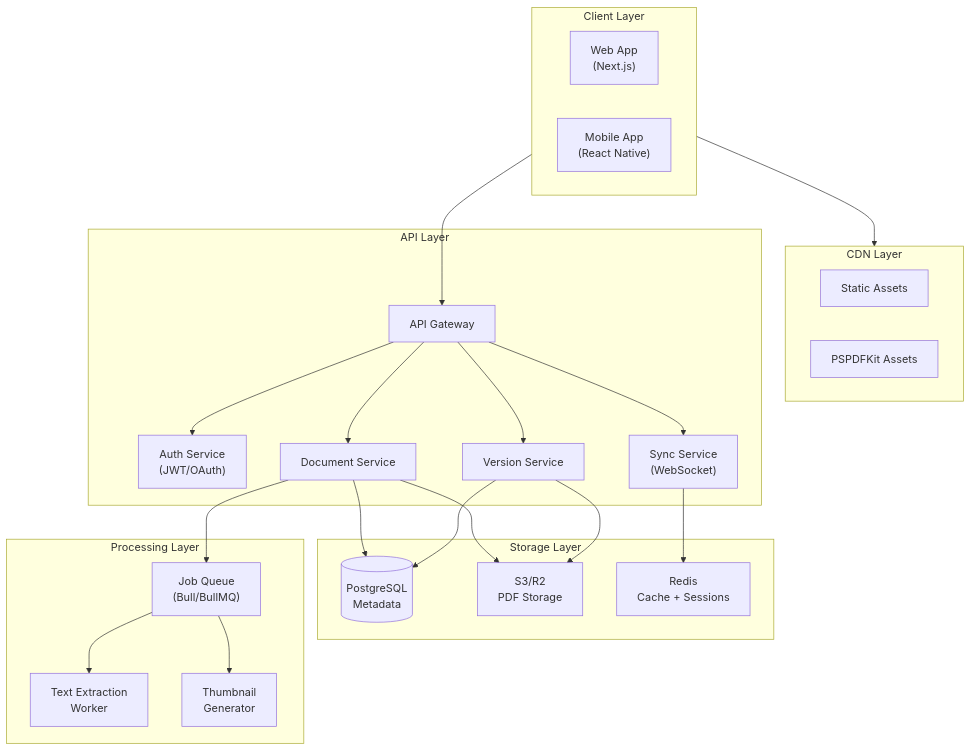
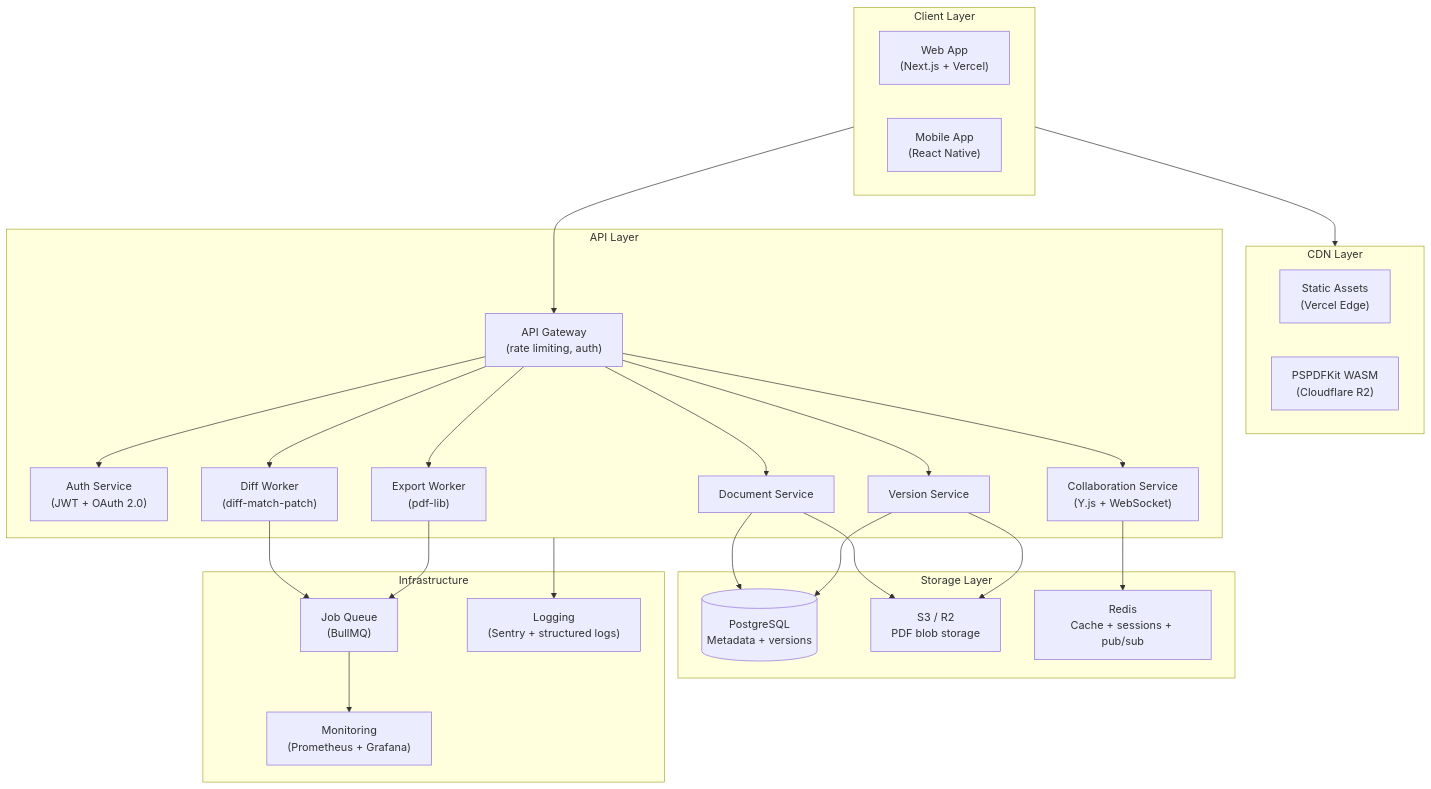
One commit to hellosurbhi/pdf-review-tool changed the sixth of 8 diagrams in ARCHITECTURE.md. Above: the diagram before and after it, drawn with Mermaid. The commit also changed other lines of this file and 16 other files, not shown here.

````diff
--- a/ARCHITECTURE.md
+++ b/ARCHITECTURE.md
@@ -356,47 +257,52 @@
 ```mermaid
 flowchart TB
     subgraph Clients["Client Layer"]
-        Web["Web App<br/>(Next.js)"]
+        Web["Web App<br/>(Next.js + Vercel)"]
         Mobile["Mobile App<br/>(React Native)"]
     end
 
     subgraph CDN["CDN Layer"]
-        Static["Static Assets"]
-        PSPDFKitAssets["PSPDFKit Assets"]
+        Static["Static Assets<br/>(Vercel Edge)"]
+        PSPDFKitAssets["PSPDFKit WASM<br/>(Cloudflare R2)"]
     end
 
     subgraph API["API Layer"]
-        Gateway["API Gateway"]
-        Auth["Auth Service<br/>(JWT/OAuth)"]
+        Gateway["API Gateway<br/>(rate limiting, auth)"]
+        Auth["Auth Service<br/>(JWT + OAuth 2.0)"]
         DocService["Document Service"]
         VersionService["Version Service"]
-        SyncService["Sync Service<br/>(WebSocket)"]
+        DiffWorker["Diff Worker<br/>(diff-match-patch)"]
+        ExportWorker["Export Worker<br/>(pdf-lib)"]
+        CollabService["Collaboration Service<br/>(Y.js + WebSocket)"]
     end
 
     subgraph Storage["Storage Layer"]
-        Postgres[("PostgreSQL<br/>Metadata")]
-        S3["S3/R2<br/>PDF Storage"]
-        Redis["Redis<br/>Cache + Sessions"]
+        Postgres[("PostgreSQL<br/>Metadata + versions")]
+        S3["S3 / R2<br/>PDF blob storage"]
+        Redis["Redis<br/>Cache + sessions + pub/sub"]
     end
 
-    subgraph Processing["Processing Layer"]
-        Queue["Job Queue<br/>(Bull/BullMQ)"]
-        TextExtract["Text Extraction<br/>Worker"]
-        Thumbnail["Thumbnail<br/>Generator"]
+    subgraph Infrastructure["Infrastructure"]
+        Queue["Job Queue<br/>(BullMQ)"]
+        Monitoring["Monitoring<br/>(Prometheus + Grafana)"]
+        Logging["Logging<br/>(Sentry + structured logs)"]
     end
 
     Clients --> CDN
     Clients --> Gateway
     Gateway --> Auth
     Gateway --> DocService
     Gateway --> VersionService
-    Gateway --> SyncService
+    Gateway --> DiffWorker
+    Gateway --> ExportWorker
+    Gateway --> CollabService
     DocService --> Postgres
     DocService --> S3
     VersionService --> Postgres
     VersionService --> S3
-    SyncService --> Redis
-    DocService --> Queue
-    Queue --> TextExtract
-    Queue --> Thumbnail
+    DiffWorker --> Queue
+    ExportWorker --> Queue
+    CollabService --> Redis
+    Queue --> Monitoring
+    API --> Logging
 ```
````
